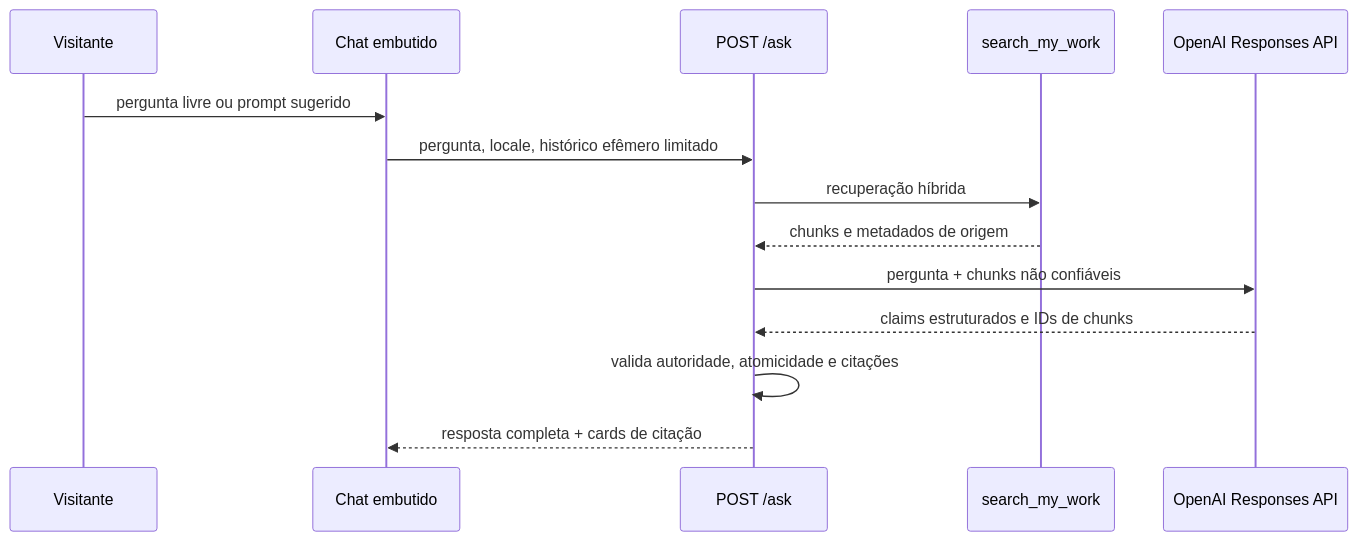
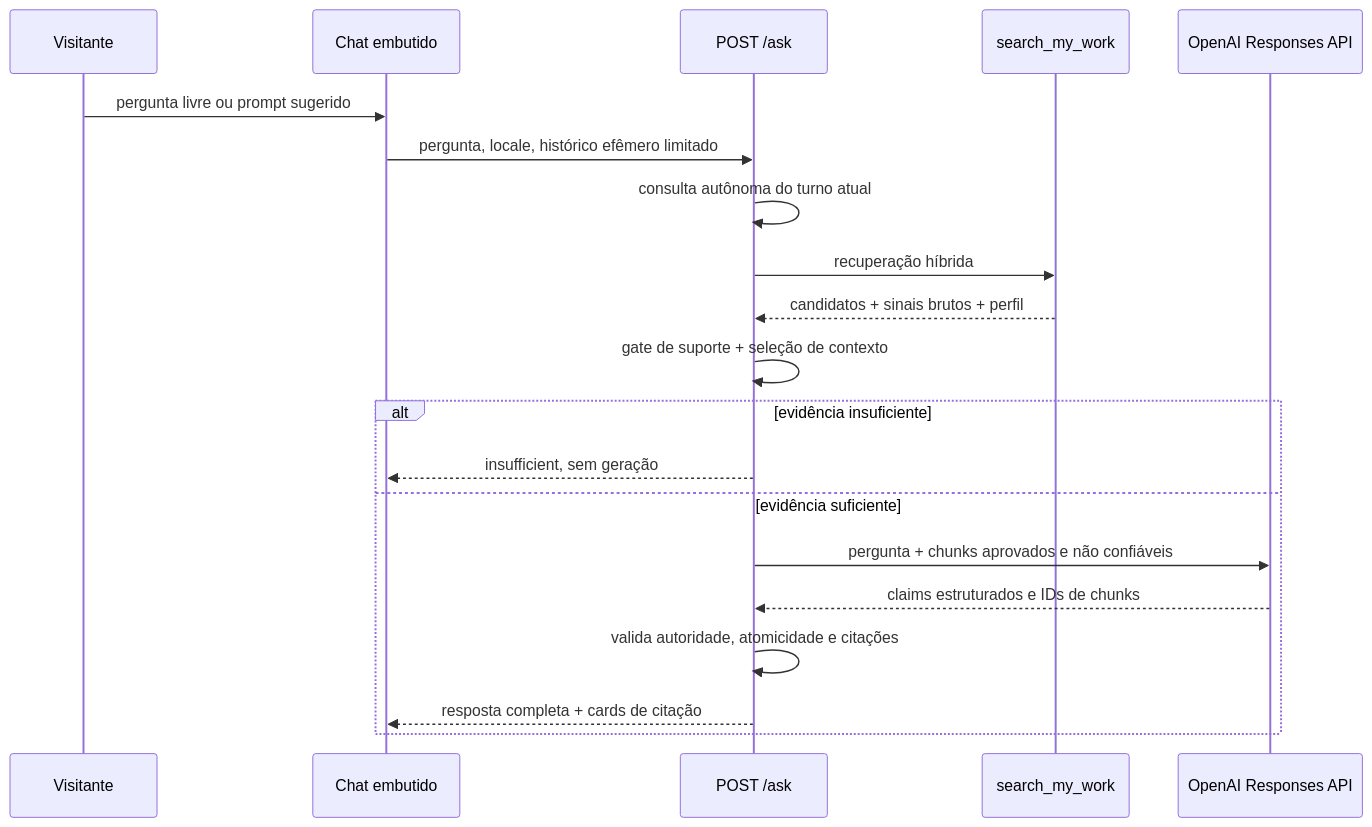
One commit to Joaovsr/ask-about-me changed the third of 3 diagrams in docs/ARCHITECTURE.md. Above: the diagram before and after it, drawn with Mermaid. The commit also changed other lines of this file and 9 other files, not shown here.

````diff
--- a/docs/ARCHITECTURE.md
+++ b/docs/ARCHITECTURE.md
@@ -97,17 +99,23 @@
 ```mermaid
 sequenceDiagram
   participant V as Visitante
   participant UI as Chat embutido
   participant API as POST /ask
   participant KB as search_my_work
   participant OAI as OpenAI Responses API
 
   V->>UI: pergunta livre ou prompt sugerido
   UI->>API: pergunta, locale, histórico efêmero limitado
+  API->>API: consulta autônoma do turno atual
   API->>KB: recuperação híbrida
-  KB-->>API: chunks e metadados de origem
-  API->>OAI: pergunta + chunks não confiáveis
-  OAI-->>API: claims estruturados e IDs de chunks
-  API->>API: valida autoridade, atomicidade e citações
-  API-->>UI: resposta completa + cards de citação
+  KB-->>API: candidatos + sinais brutos + perfil
+  API->>API: gate de suporte + seleção de contexto
+  alt evidência insuficiente
+    API-->>UI: insufficient, sem geração
+  else evidência suficiente
+    API->>OAI: pergunta + chunks aprovados e não confiáveis
+    OAI-->>API: claims estruturados e IDs de chunks
+    API->>API: valida autoridade, atomicidade e citações
+    API-->>UI: resposta completa + cards de citação
+  end
 ```
````
